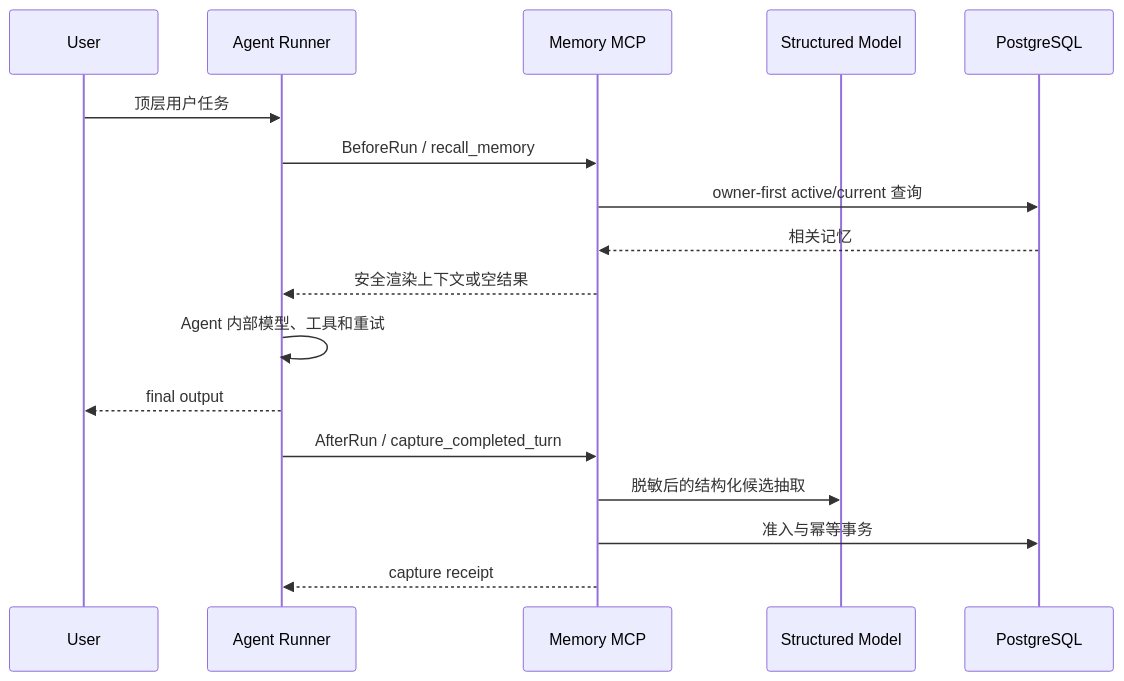
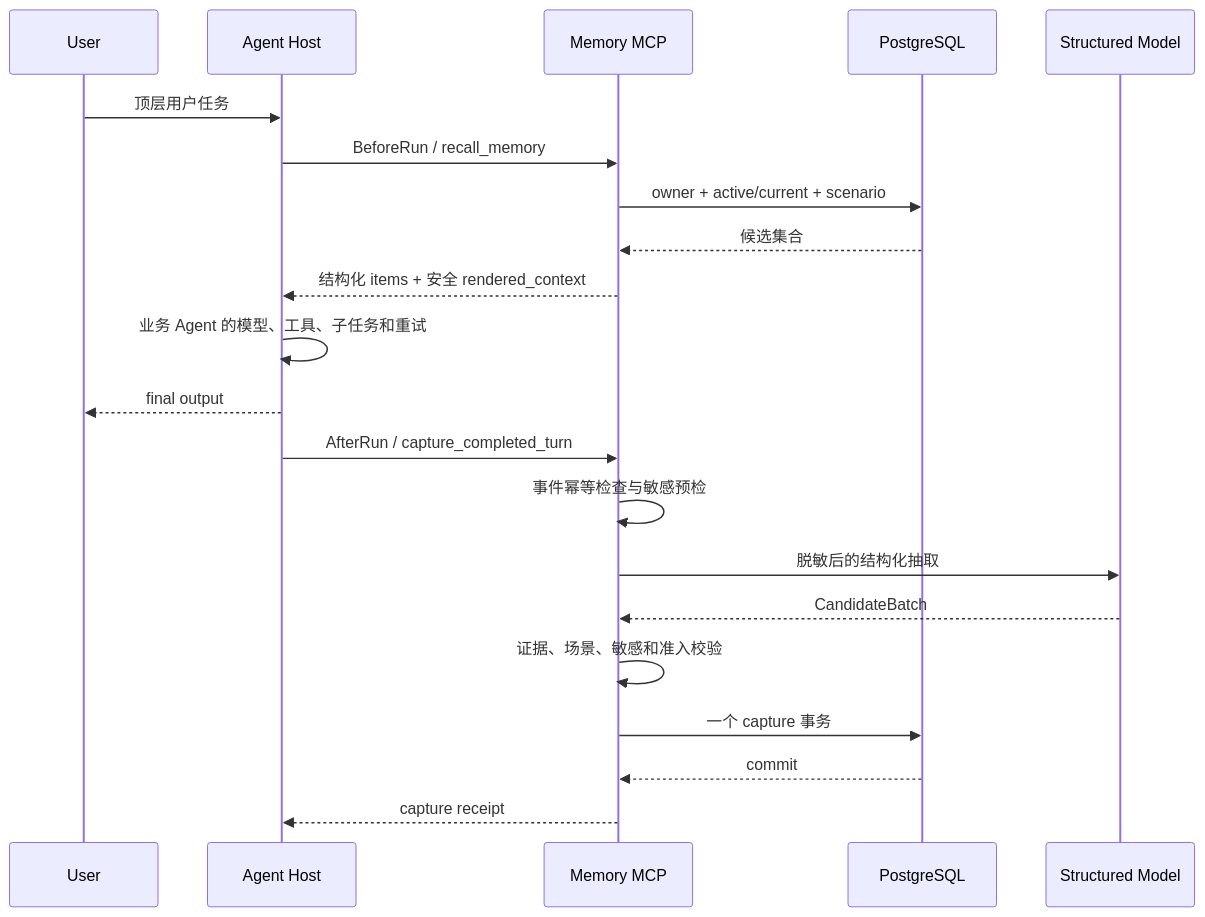
Before and after one commit to dxiaosen/memory-mcp: the diagram in docs/design.md, drawn with Mermaid. The commit also changed other lines of this file and 34 other files, not shown here.

````diff
--- a/docs/design.md
+++ b/docs/design.md
@@ -11,20 +132,24 @@
 ```mermaid
 sequenceDiagram
     participant U as User
-    participant A as Agent Runner
+    participant H as Agent Host
     participant M as Memory MCP
+    participant D as PostgreSQL
     participant L as Structured Model
-    participant P as PostgreSQL
 
-    U->>A: 顶层用户任务
-    A->>M: BeforeRun / recall_memory
-    M->>P: owner-first active/current 查询
-    P-->>M: 相关记忆
-    M-->>A: 安全渲染上下文或空结果
-    A->>A: Agent 内部模型、工具和重试
-    A-->>U: final output
-    A->>M: AfterRun / capture_completed_turn
-    M->>L: 脱敏后的结构化候选抽取
-    M->>P: 准入与幂等事务
-    M-->>A: capture receipt
+    U->>H: 顶层用户任务
+    H->>M: BeforeRun / recall_memory
+    M->>D: owner + active/current + scenario
+    D-->>M: 候选集合
+    M-->>H: 结构化 items + 安全 rendered_context
+    H->>H: 业务 Agent 的模型、工具、子任务和重试
+    H-->>U: final output
+    H->>M: AfterRun / capture_completed_turn
+    M->>M: 事件幂等检查与敏感预检
+    M->>L: 脱敏后的结构化抽取
+    L-->>M: CandidateBatch
+    M->>M: 证据、场景、敏感和准入校验
+    M->>D: 一个 capture 事务
+    D-->>M: commit
+    M-->>H: capture receipt
 ```
````
